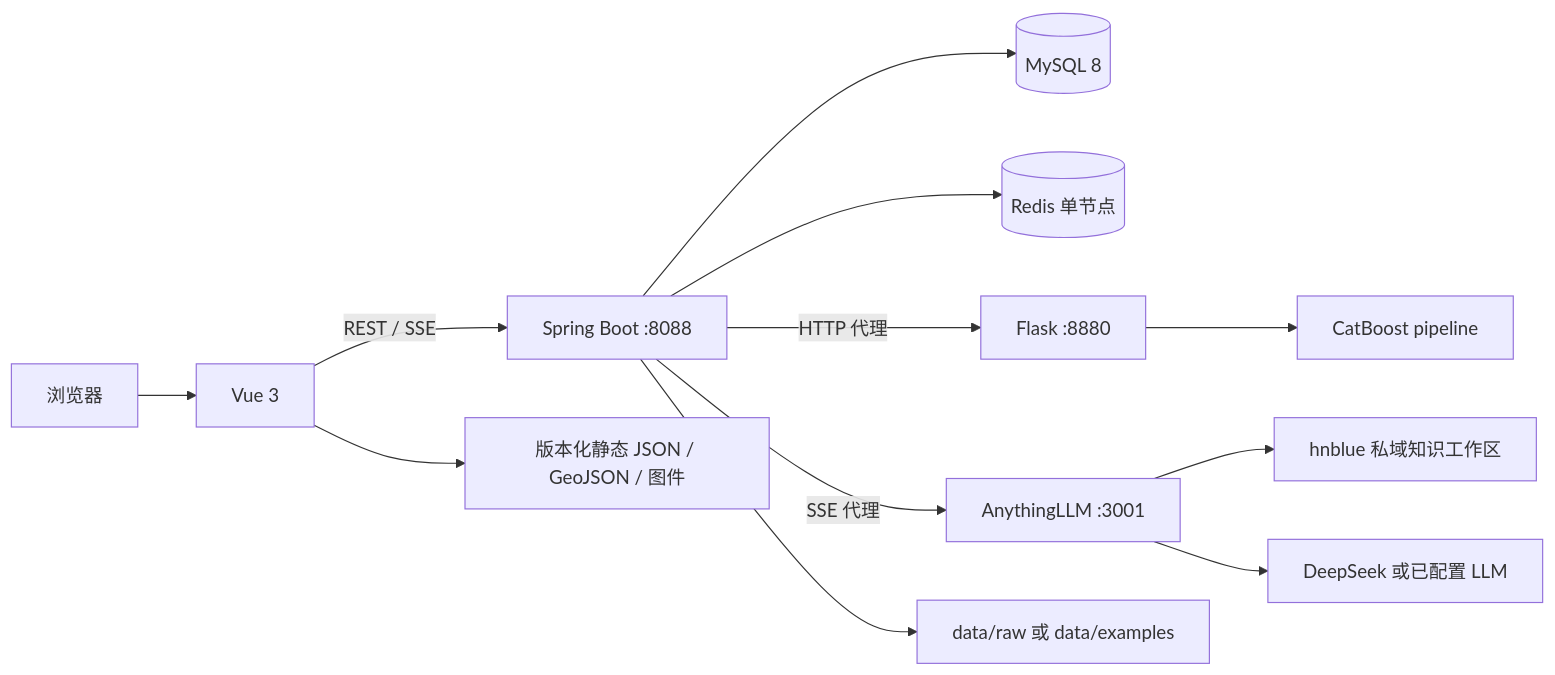
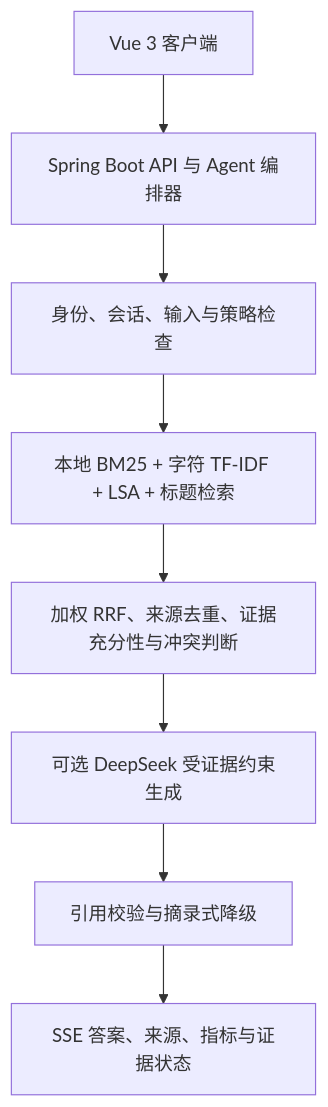
The diagram in docs/ARCHITECTURE.md (FAIRY123456789/HNBLUE), drawn with Mermaid before and after one commit. The commit also changed other lines of this file and 268 other files, not shown here.

````diff
--- a/docs/ARCHITECTURE.md
+++ b/docs/ARCHITECTURE.md
@@ -13,14 +15,18 @@
 ```mermaid
-flowchart LR
-    U[浏览器] --> V[Vue 3]
-    V -->|REST / SSE| B[Spring Boot :8088]
-    B --> DB[(MySQL 8)]
-    B --> R[(Redis 单节点)]
-    B -->|HTTP 代理| F[Flask :8880]
-    F --> C[CatBoost pipeline]
-    B -->|SSE 代理| A[AnythingLLM :3001]
-    A --> K[hnblue 私域知识工作区]
-    A --> L[DeepSeek 或已配置 LLM]
-    V --> P[版本化静态 JSON / GeoJSON / 图件]
-    B --> X[data/raw 或 data/examples]
+flowchart TB
+    A[Vue 3 客户端]
+    B[Spring Boot API 与 Agent 编排器]
+    C[身份、会话、输入与策略检查]
+    D[本地 BM25 + 字符 TF-IDF + LSA + 标题检索]
+    E[加权 RRF、来源去重、证据充分性与冲突判断]
+    F[可选 DeepSeek 受证据约束生成]
+    G[引用校验与摘录式降级]
+    H[SSE 答案、来源、指标与证据状态]
+    A --> B
+    B --> C
+    C --> D
+    D --> E
+    E --> F
+    F --> G
+    G --> H
 ```
````
